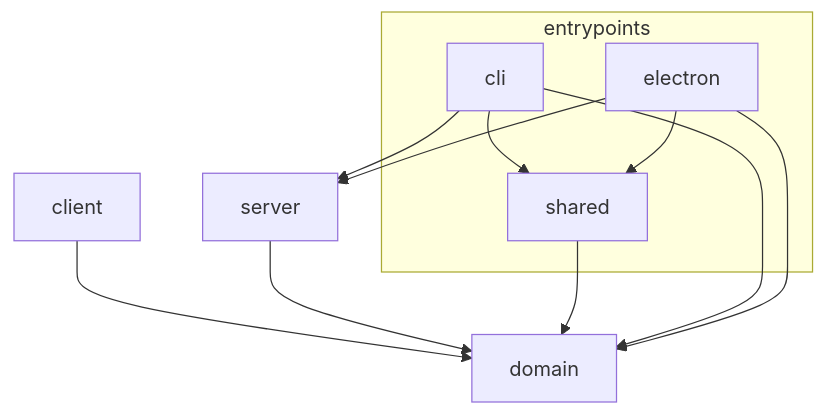
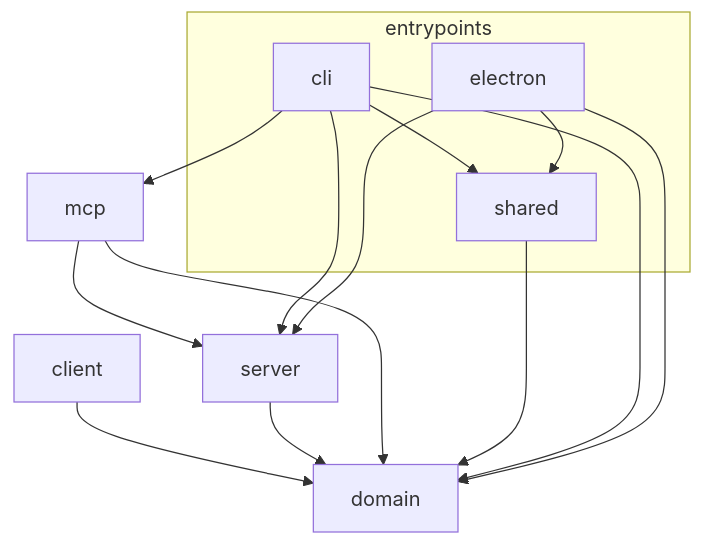
One commit to ytakahashi/sift changed the diagram in ARCHITECTURE.md. Above: the diagram before and after it, drawn with Mermaid. The commit also changed other lines of this file and 30 other files, not shown here.

````diff
--- a/ARCHITECTURE.md
+++ b/ARCHITECTURE.md
@@ -42,22 +54,26 @@
 ```mermaid
 graph TD
     domain
     server
+    mcp
     client
 
     subgraph entrypoints
         shared
         cli
         electron
     end
 
     client --> domain
     server --> domain
+    mcp --> domain
+    mcp --> server
     shared --> domain
     cli --> domain
     cli --> server
+    cli --> mcp
     cli --> shared
     electron --> domain
     electron --> server
     electron --> shared
 ```
````
